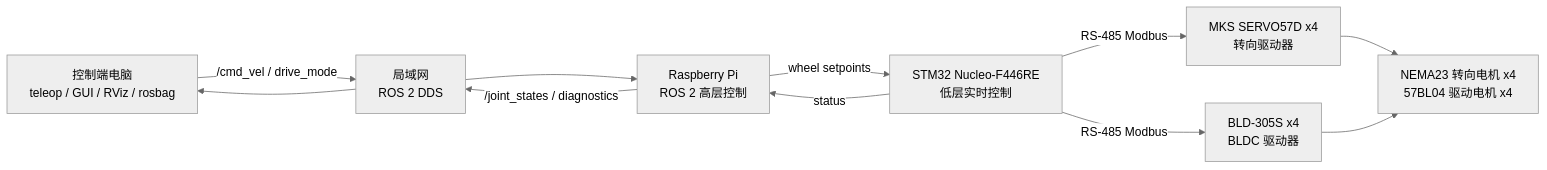
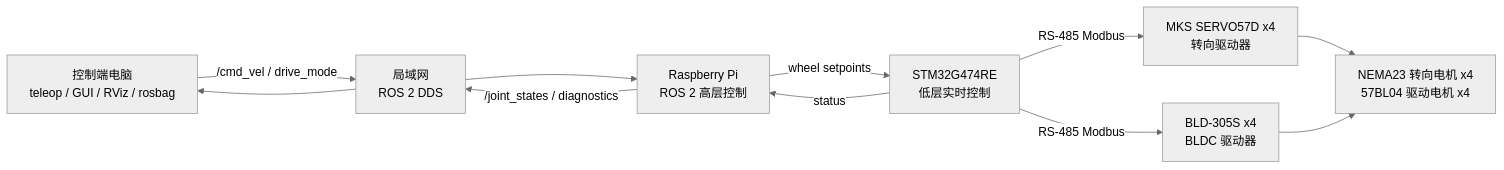
The diagram in docs/火星车ROS2高层实现方案.md (lixiang-moss/rover), drawn with Mermaid (neutral theme) before and after one commit. The commit also changed other lines of this file and 46 other files, not shown here.

````diff
--- a/docs/火星车ROS2高层实现方案.md
+++ b/docs/火星车ROS2高层实现方案.md
@@ -740,21 +741,21 @@
 ```mermaid
 flowchart LR
     PC["控制端电脑\nteleop / GUI / RViz / rosbag"]
     LAN["局域网\nROS 2 DDS"]
     PI["Raspberry Pi\nROS 2 高层控制"]
-    STM["STM32 Nucleo-F446RE\n低层实时控制"]
+    STM["STM32G474RE\n低层实时控制"]
     STEP["MKS SERVO57D x4\n转向驱动器"]
     BLDC["BLD-305S x4\nBLDC 驱动器"]
     MOTORS["NEMA23 转向电机 x4\n57BL04 驱动电机 x4"]
 
     PC -->|/cmd_vel / drive_mode| LAN
     LAN --> PI
     PI -->|wheel setpoints| STM
     STM -->|RS-485 Modbus| STEP
     STM -->|RS-485 Modbus| BLDC
     STEP --> MOTORS
     BLDC --> MOTORS
     STM -->|status| PI
     PI -->|/joint_states / diagnostics| LAN
     LAN --> PC
 ```
````
